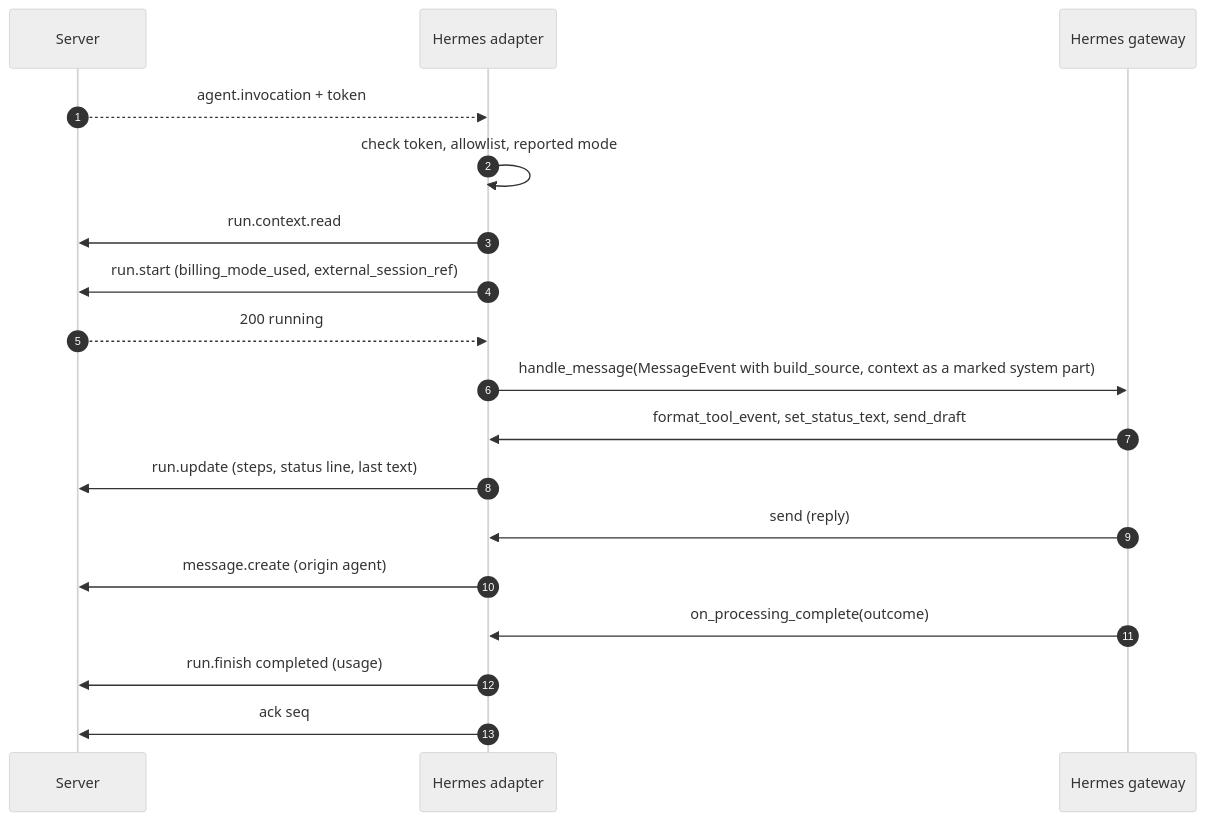
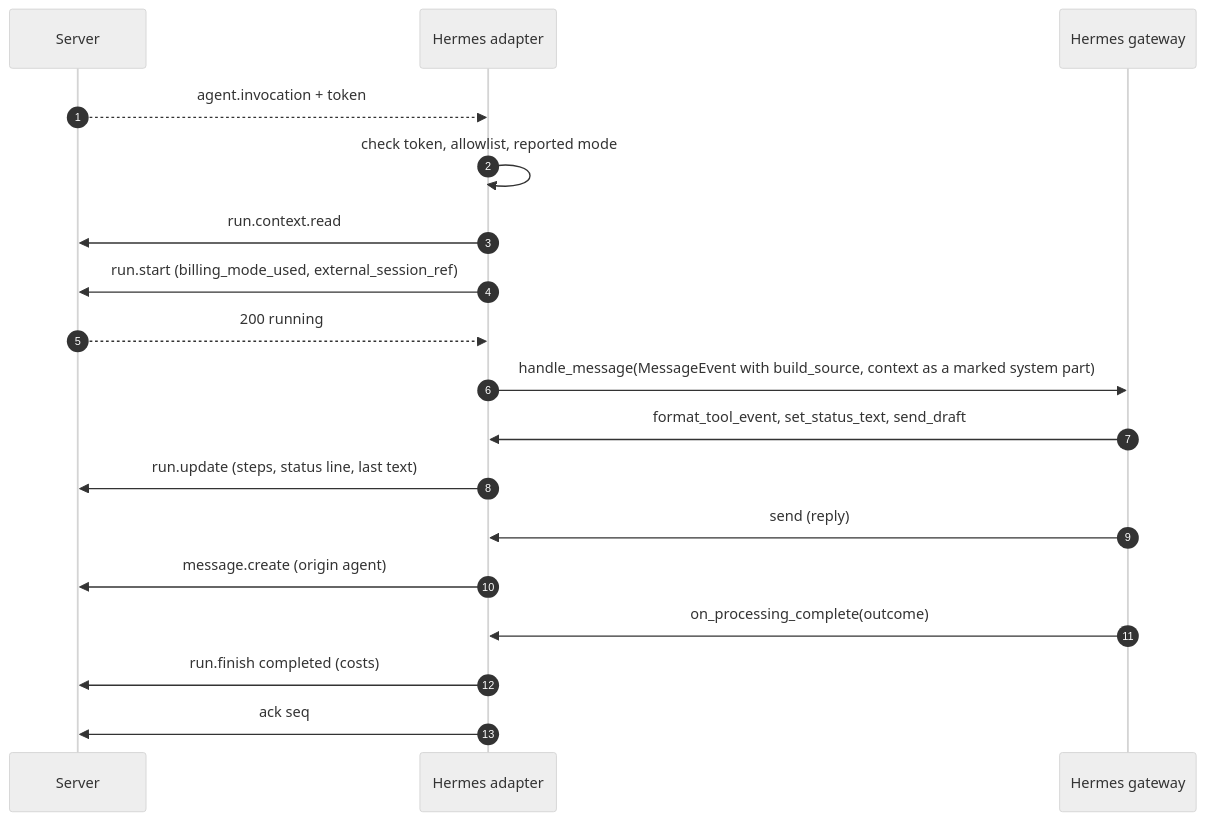
One commit to mguttmann/bothy changed the sixth of 7 diagrams in docs/spec/09-agents.md. Above: the diagram before and after it, drawn with Mermaid (neutral theme). The commit also changed other lines of this file and 176 other files, not shown here.

First line of the commit message:
feat(billing): book run costs, price table and thread costs (M2-22) (#311)

````diff
--- a/docs/spec/09-agents.md
+++ b/docs/spec/09-agents.md
@@ -1993,20 +2003,20 @@
 ```mermaid
 sequenceDiagram
     autonumber
     participant S as Server
     participant P as Hermes adapter
     participant G as Hermes gateway
     S-->>P: agent.invocation + token
     P->>P: check token, allowlist, reported mode
     P->>S: run.context.read
     P->>S: run.start (billing_mode_used, external_session_ref)
     S-->>P: 200 running
     P->>G: handle_message(MessageEvent with build_source, context as a marked system part)
     G->>P: format_tool_event, set_status_text, send_draft
     P->>S: run.update (steps, status line, last text)
     G->>P: send (reply)
     P->>S: message.create (origin agent)
     G->>P: on_processing_complete(outcome)
-    P->>S: run.finish completed (usage)
+    P->>S: run.finish completed (costs)
     P->>S: ack seq
 ```
````
